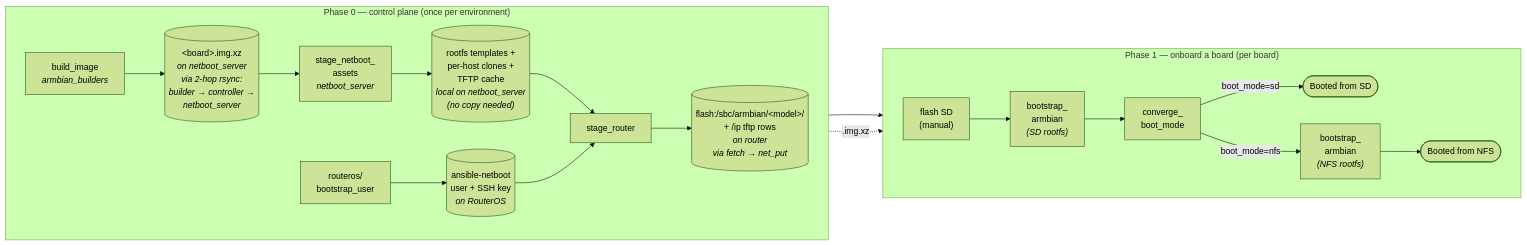
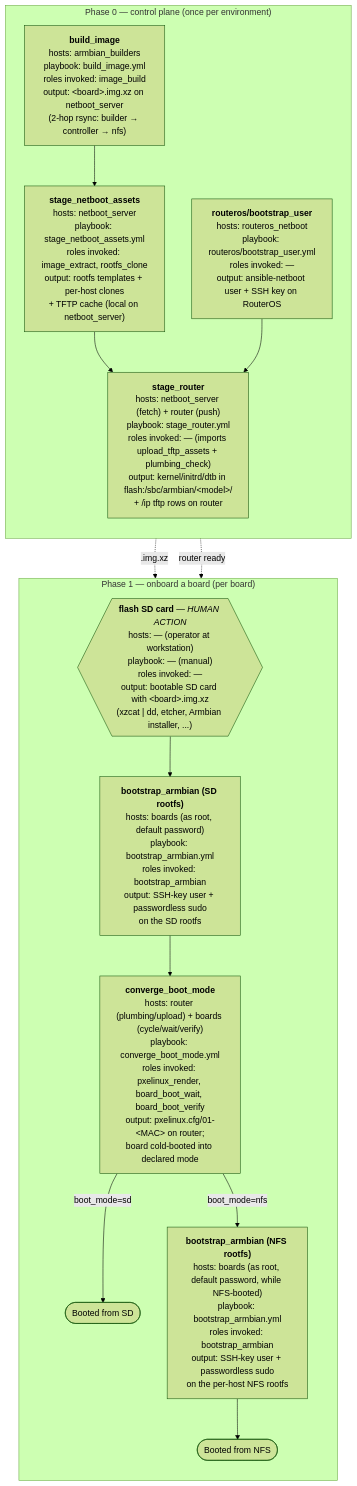
Before and after one commit to david-igou/ansible-collection-armbian: the first of 4 diagrams in README.md, drawn with Mermaid (forest theme). The commit also changed other lines of this file, not shown here.

Commit message:
docs(README): give each lifecycle node hosts/playbook/roles/output fields
Each rectangle now carries four labelled fields (hosts, playbook,
roles invoked, output) so readers can see at a glance which machine
runs each playbook and what artefact lands where. Cylinder artefact
nodes dropped since each playbook now annotates its own output.

Human actions use a hexagon shape; only \"flash SD card\" qualifies in
this lifecycle. Outcome states (\"Booted from SD\", \"Booted from NFS\")
keep the stadium shape. Prose above the diagram now calls out the
three shape conventions.

Cross-phase edges re-anchored to the producing playbook: BI -.-> FL
for the .img.xz dependency, SR0 -.-> CB1 for the router-ready
dependency (CB1 is what actually uses the router state, not FL).

````diff
--- a/README.md
+++ b/README.md
@@ -109,34 +111,29 @@
 ```mermaid
-flowchart LR
+flowchart TB
     subgraph P0["Phase 0 — control plane (once per environment)"]
-        direction LR
-        BI["build_image<br/><i>armbian_builders</i>"]
-        IMG[("&lt;board&gt;.img.xz<br/><i>on netboot_server</i><br/><i>via 2-hop rsync:<br/>builder → controller →<br/>netboot_server</i>")]
-        BU["routeros/<br/>bootstrap_user"]
-        USR[("ansible-netboot<br/>user + SSH key<br/><i>on RouterOS</i>")]
-        SN0["stage_netboot_<br/>assets<br/><i>netboot_server</i>"]
-        NFS[("rootfs templates +<br/>per-host clones +<br/>TFTP cache<br/><i>local on netboot_server<br/>(no copy needed)</i>")]
-        SR0["stage_router"]
-        RTR[("flash:/sbc/armbian/&lt;model&gt;/<br/>+ /ip tftp rows<br/><i>on router</i><br/><i>via fetch → net_put</i>")]
-        BI --> IMG --> SN0
-        SN0 --> NFS --> SR0
-        BU --> USR --> SR0
-        SR0 --> RTR
+        direction TB
+        BI["<b>build_image</b><br/>hosts: armbian_builders<br/>playbook: build_image.yml<br/>roles invoked: image_build<br/>output: &lt;board&gt;.img.xz on netboot_server<br/>(2-hop rsync: builder → controller → nfs)"]
+        BU["<b>routeros/bootstrap_user</b><br/>hosts: routeros_netboot<br/>playbook: routeros/bootstrap_user.yml<br/>roles invoked: —<br/>output: ansible-netboot user + SSH key on RouterOS"]
+        SN0["<b>stage_netboot_assets</b><br/>hosts: netboot_server<br/>playbook: stage_netboot_assets.yml<br/>roles invoked: image_extract, rootfs_clone<br/>output: rootfs templates + per-host clones<br/>+ TFTP cache (local on netboot_server)"]
+        SR0["<b>stage_router</b><br/>hosts: netboot_server (fetch) + router (push)<br/>playbook: stage_router.yml<br/>roles invoked: — (imports upload_tftp_assets + plumbing_check)<br/>output: kernel/initrd/dtb in flash:/sbc/armbian/&lt;model&gt;/<br/>+ /ip tftp rows on router"]
+        BI --> SN0
+        SN0 --> SR0
+        BU --> SR0
     end
 
     subgraph P1["Phase 1 — onboard a board (per board)"]
-        direction LR
-        FL["flash SD<br/>(manual)"]
-        BA_SD["bootstrap_<br/>armbian<br/><i>(SD rootfs)</i>"]
-        CB1["converge_<br/>boot_mode"]
-        BA_NFS["bootstrap_<br/>armbian<br/><i>(NFS rootfs)</i>"]
+        direction TB
+        FL{{"<b>flash SD card</b> — <i>HUMAN ACTION</i><br/>hosts: — (operator at workstation)<br/>playbook: — (manual)<br/>roles invoked: —<br/>output: bootable SD card with &lt;board&gt;.img.xz<br/>(xzcat | dd, etcher, Armbian installer, ...)"}}
+        BA_SD["<b>bootstrap_armbian (SD rootfs)</b><br/>hosts: boards (as root, default password)<br/>playbook: bootstrap_armbian.yml<br/>roles invoked: bootstrap_armbian<br/>output: SSH-key user + passwordless sudo<br/>on the SD rootfs"]
+        CB1["<b>converge_boot_mode</b><br/>hosts: router (plumbing/upload) + boards (cycle/wait/verify)<br/>playbook: converge_boot_mode.yml<br/>roles invoked: pxelinux_render, board_boot_wait, board_boot_verify<br/>output: pxelinux.cfg/01-&lt;MAC&gt; on router;<br/>board cold-booted into declared mode"]
+        BA_NFS["<b>bootstrap_armbian (NFS rootfs)</b><br/>hosts: boards (as root, default password, while NFS-booted)<br/>playbook: bootstrap_armbian.yml<br/>roles invoked: bootstrap_armbian<br/>output: SSH-key user + passwordless sudo<br/>on the per-host NFS rootfs"]
         OUT_SD(["Booted from SD"])
         OUT_NFS(["Booted from NFS"])
         FL --> BA_SD --> CB1
         CB1 -- "boot_mode=sd" --> OUT_SD
         CB1 -- "boot_mode=nfs" --> BA_NFS --> OUT_NFS
     end
 
-    RTR --> FL
-    IMG -.->|".img.xz"| FL
+    BI -.->|".img.xz"| FL
+    SR0 -.->|"router ready"| CB1
 ```
````
